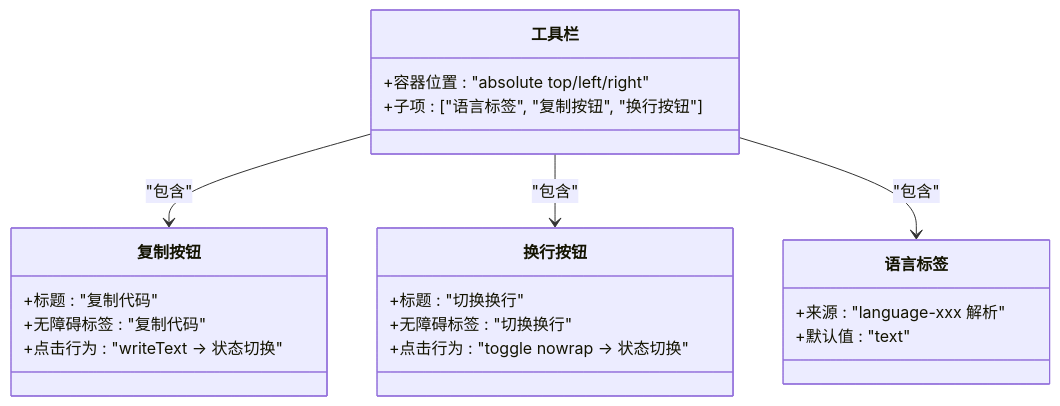
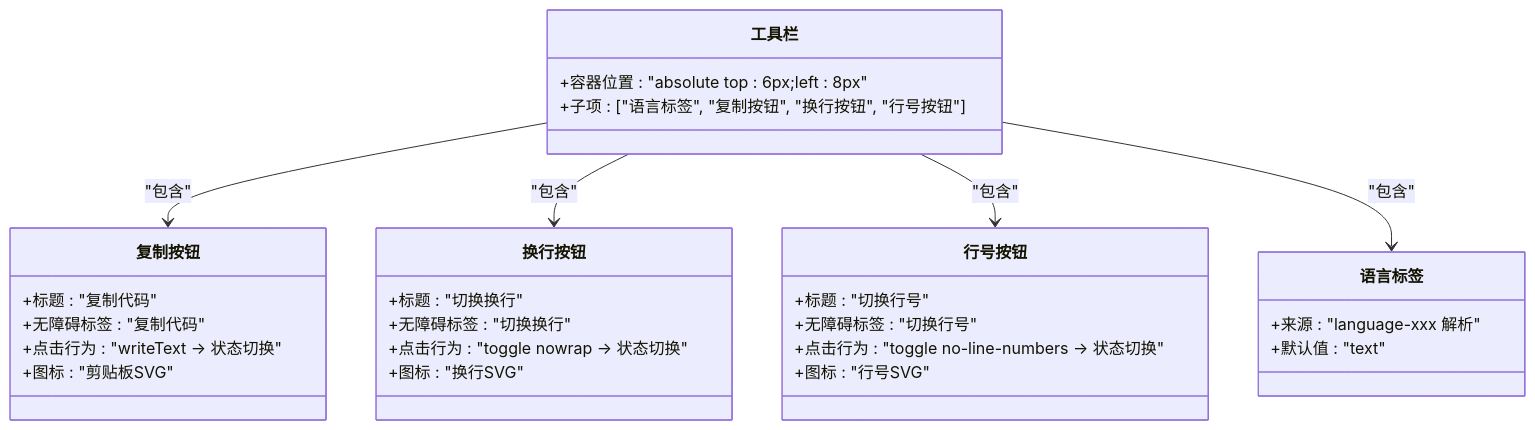
Before and after one commit to LZC6244/lzc6244.github.io: the sixth of 7 diagrams in .qoder/repowiki/zh/content/代码展示增强/代码工具栏功能.md, drawn with Mermaid. The commit also changed other lines of this file and 36 other files, not shown here.

````diff
--- a/.qoder/repowiki/zh/content/代码展示增强/代码工具栏功能.md
+++ b/.qoder/repowiki/zh/content/代码展示增强/代码工具栏功能.md
@@ -163,24 +215,33 @@
 ```mermaid
 classDiagram
 class 工具栏 {
-+容器位置 : "absolute top/left/right"
-+子项 : ["语言标签", "复制按钮", "换行按钮"]
++容器位置 : "absolute top : 6px;left : 8px"
++子项 : ["语言标签", "复制按钮", "换行按钮", "行号按钮"]
 }
 class 复制按钮 {
 +标题 : "复制代码"
 +无障碍标签 : "复制代码"
 +点击行为 : "writeText -> 状态切换"
++图标 : "剪贴板SVG"
 }
 class 换行按钮 {
 +标题 : "切换换行"
 +无障碍标签 : "切换换行"
 +点击行为 : "toggle nowrap -> 状态切换"
++图标 : "换行SVG"
+}
+class 行号按钮 {
++标题 : "切换行号"
++无障碍标签 : "切换行号"
++点击行为 : "toggle no-line-numbers -> 状态切换"
++图标 : "行号SVG"
 }
 class 语言标签 {
 +来源 : "language-xxx 解析"
 +默认值 : "text"
 }
 工具栏 --> 复制按钮 : "包含"
 工具栏 --> 换行按钮 : "包含"
+工具栏 --> 行号按钮 : "包含"
 工具栏 --> 语言标签 : "包含"
 ```
````
